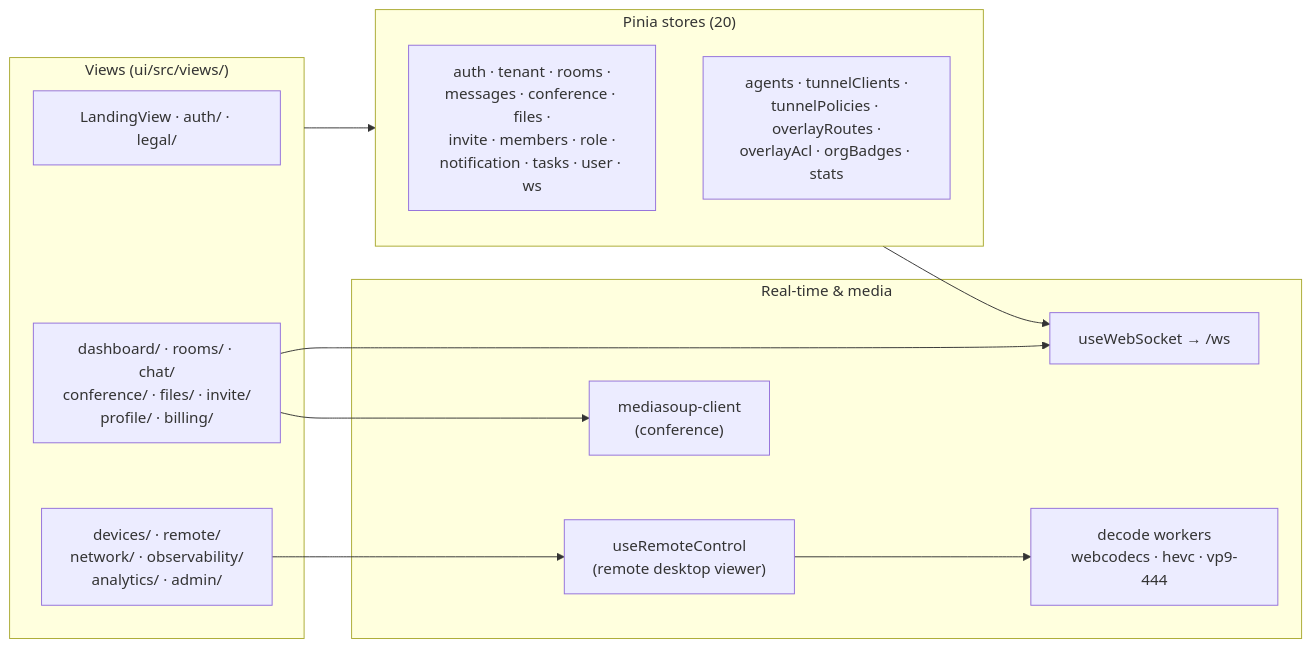
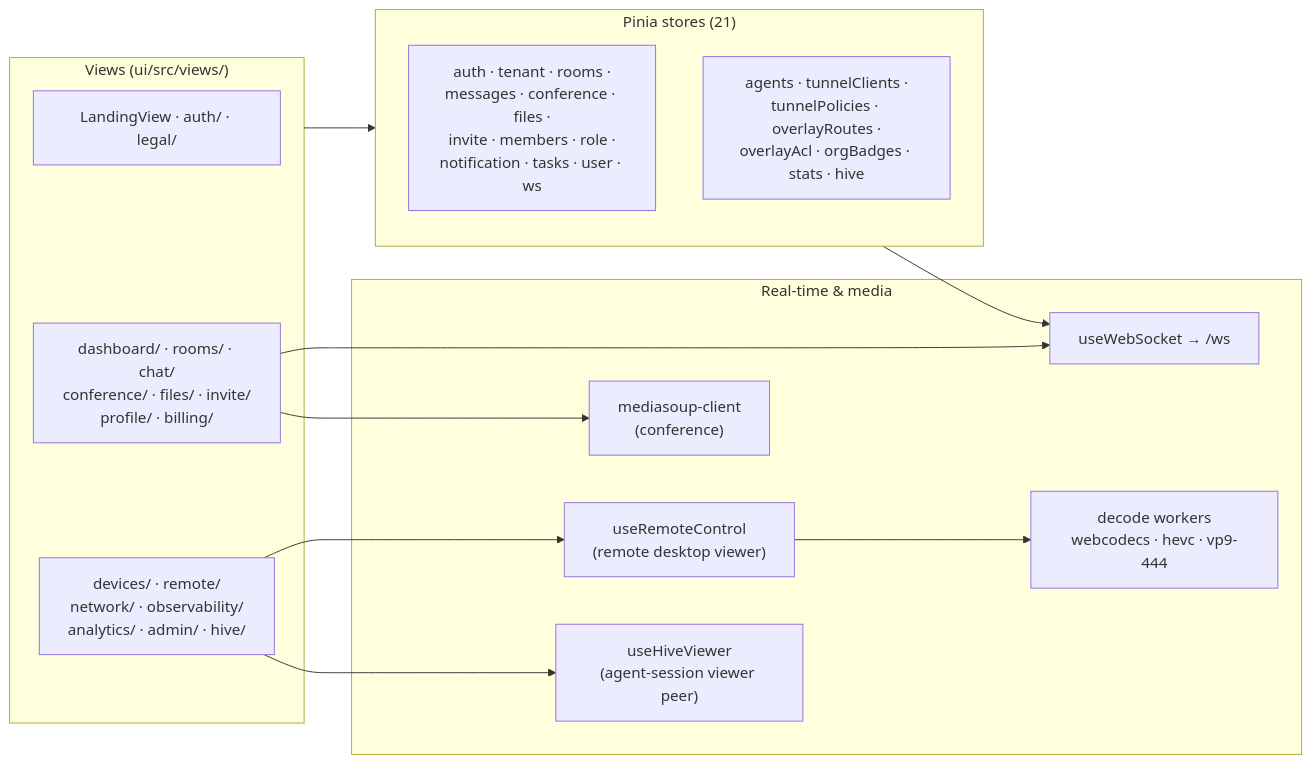
The first of 2 diagrams in docs/ui.md (gjovanov/roomler-ai), drawn with Mermaid before and after one commit. The commit also changed other lines of this file and 17 other files, not shown here.

````diff
--- a/docs/ui.md
+++ b/docs/ui.md
@@ -7,25 +7,27 @@
 ```mermaid
 flowchart LR
     subgraph views["Views (ui/src/views/)"]
         L["LandingView · auth/ · legal/"]
         CORE["dashboard/ · rooms/ · chat/<br/>conference/ · files/ · invite/<br/>profile/ · billing/"]
-        FLEET["devices/ · remote/<br/>network/ · observability/<br/>analytics/ · admin/"]
+        FLEET["devices/ · remote/<br/>network/ · observability/<br/>analytics/ · admin/ · hive/"]
     end
 
-    subgraph state["Pinia stores (20)"]
+    subgraph state["Pinia stores (21)"]
         S1["auth · tenant · rooms ·<br/>messages · conference · files ·<br/>invite · members · role ·<br/>notification · tasks · user · ws"]
-        S2["agents · tunnelClients ·<br/>tunnelPolicies · overlayRoutes ·<br/>overlayAcl · orgBadges · stats"]
+        S2["agents · tunnelClients ·<br/>tunnelPolicies · overlayRoutes ·<br/>overlayAcl · orgBadges · stats · hive"]
     end
 
     subgraph rt["Real-time & media"]
         WS["useWebSocket → /ws"]
         MS["mediasoup-client<br/>(conference)"]
         RC["useRemoteControl<br/>(remote desktop viewer)"]
+        HV["useHiveViewer<br/>(agent-session viewer peer)"]
         WK["decode workers<br/>webcodecs · hevc · vp9-444"]
     end
 
     views --> state
     CORE --> WS & MS
     FLEET --> RC --> WK
+    FLEET --> HV
     state --> WS
 ```
````
